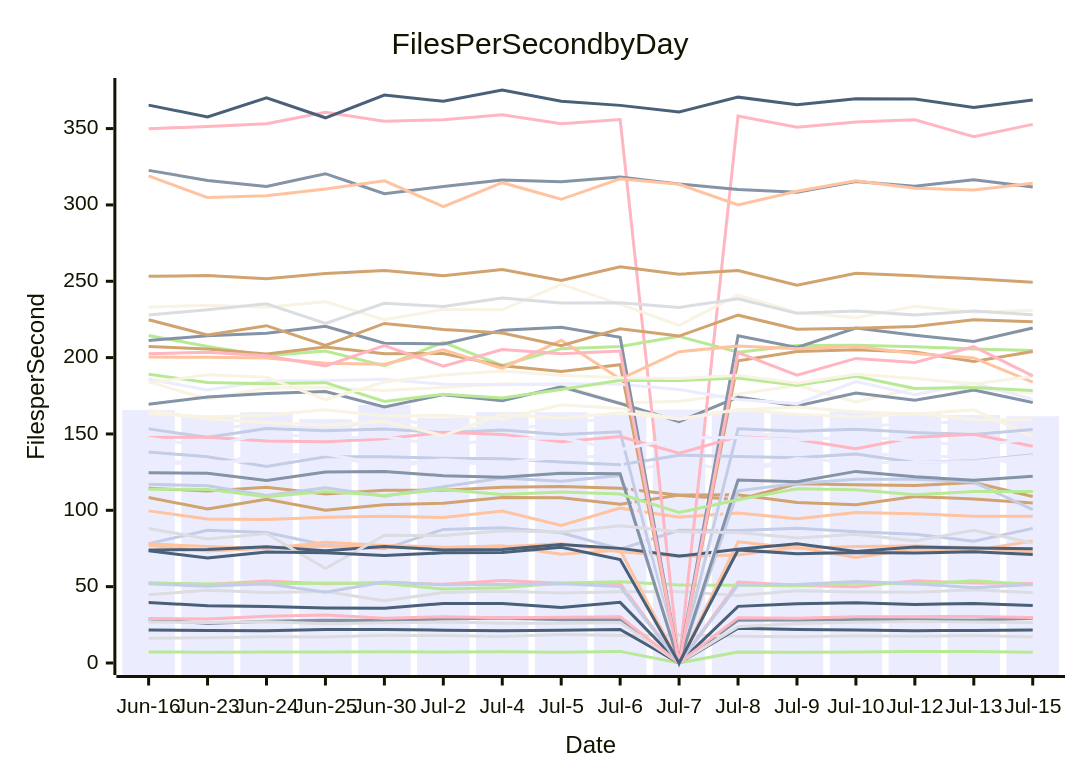
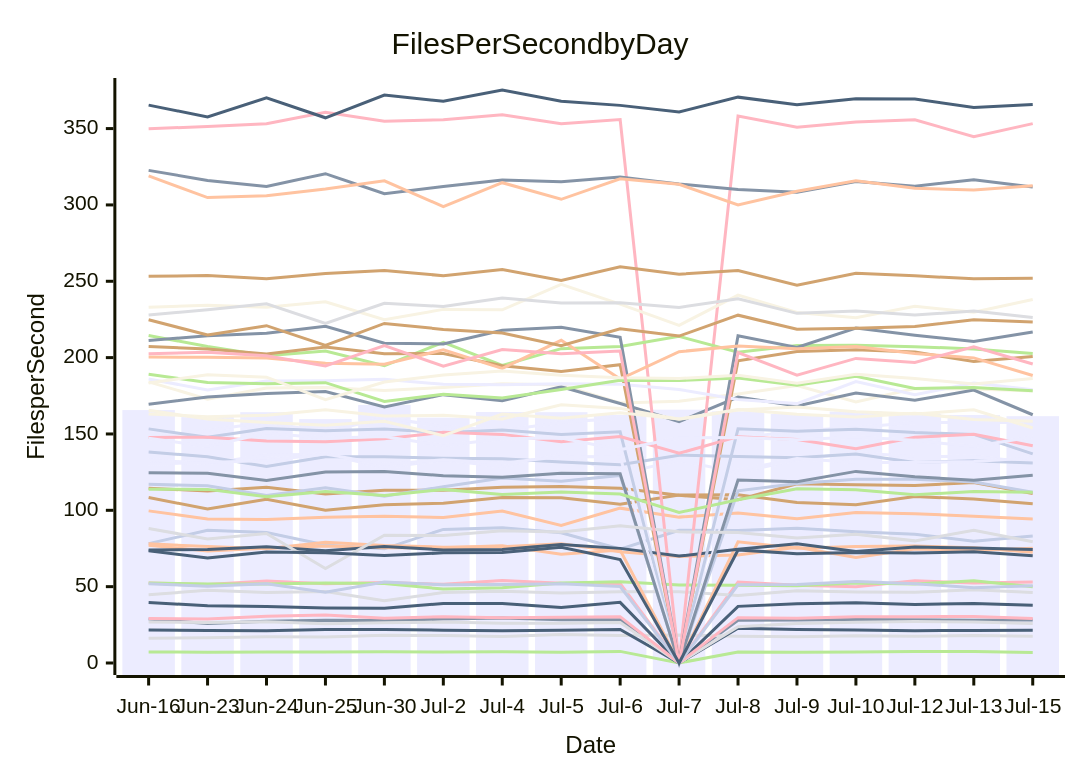
One commit to streetsidesoftware/cspell changed the diagram in perf-report.md. Above: the diagram before and after it, drawn with Mermaid. The commit also changed other lines of this file and 1 other file, not shown here.

````diff
--- a/perf-report.md
+++ b/perf-report.md
@@ -10,57 +10,57 @@
 ```mermaid
 xychart-beta
     title Files Per Second by Day
     y-axis Files per Second
     x-axis Date [Jun-16, Jun-23, Jun-24, Jun-25, Jun-30, Jul-2, Jul-4, Jul-5, Jul-6, Jul-7, Jul-8, Jul-9, Jul-10, Jul-12, Jul-13, Jul-15]
-    bar [165.65, 161.06, 164.28, 159.75, 168.95, 160.66, 164.38, 164.27, 162.48, 165.90, 164.83, 163.05, 164.68, 163.19, 162.43, 161.62]
-    line [28.76, 25.82, 27.29, 28.03, 27.82, 28.74, 29.48, 28.36, 28.34, 0.00, 27.98, 28.10, 28.43, 28.38, 28.02, 29.31]
-    line [99.63, 94.35, 94.02, 95.44, 96.15, 95.34, 99.55, 90.07, 101.41, 95.54, 98.21, 94.52, 98.50, 97.78, 96.17, 96.08]
-    line [16.25, 16.59, 17.11, 17.00, 18.16, 17.94, 17.30, 18.64, 18.07, 18.36, 17.45, 17.16, 17.77, 17.48, 17.96, 17.01]
-    line [7.28, 7.12, 7.22, 7.17, 7.37, 7.23, 7.36, 6.99, 7.61, 0.00, 7.24, 7.01, 7.27, 7.49, 7.49, 7.10]
-    line [114.38, 112.71, 115.12, 110.67, 113.20, 113.18, 115.07, 115.63, 114.45, 109.79, 106.87, 117.37, 116.66, 116.21, 118.14, 109.01]
-    line [78.16, 86.88, 85.49, 77.34, 74.76, 87.51, 88.59, 85.26, 74.62, 86.95, 86.80, 88.24, 86.00, 84.39, 79.74, 88.17]
-    line [52.41, 51.44, 53.68, 51.84, 52.69, 51.50, 53.98, 52.25, 52.09, 0.00, 53.03, 50.88, 50.01, 53.83, 52.41, 52.09]
-    line [21.66, 21.30, 21.15, 22.00, 21.90, 21.51, 21.13, 21.43, 22.00, 0.00, 22.72, 21.87, 21.57, 21.20, 21.36, 21.59]
-    line [184.11, 172.84, 180.05, 180.38, 178.52, 180.47, 182.90, 182.10, 170.31, 171.39, 176.15, 181.65, 170.98, 179.72, 179.37, 177.07]
-    line [133.18, 130.59, 136.24, 136.67, 127.99, 132.91, 128.52, 136.97, 123.97, 132.77, 124.67, 133.15, 137.66, 135.26, 135.39, 128.68]
-    line [169.42, 174.24, 176.57, 177.80, 167.68, 175.75, 171.75, 180.95, 169.97, 158.13, 174.21, 168.28, 176.77, 172.02, 178.72, 170.59]
-    line [78.06, 76.22, 74.88, 79.14, 76.99, 75.88, 76.09, 78.08, 72.78, 69.82, 70.79, 75.77, 69.10, 74.66, 73.66, 79.87]
-    line [44.72, 47.61, 46.18, 46.86, 40.79, 46.17, 47.03, 45.86, 46.70, 46.74, 44.23, 47.36, 46.58, 46.27, 47.99, 46.02]
-    line [52.39, 51.73, 51.82, 52.39, 52.00, 48.43, 49.22, 52.34, 53.26, 51.10, 50.86, 50.66, 52.36, 51.79, 53.82, 51.29]
-    line [108.33, 100.84, 107.27, 100.09, 103.62, 104.63, 108.43, 108.27, 103.96, 110.08, 110.20, 105.06, 103.60, 109.02, 107.38, 104.79]
-    line [117.01, 116.01, 109.65, 114.81, 109.29, 115.47, 121.09, 119.06, 122.86, 0.00, 112.77, 117.49, 120.30, 120.41, 118.48, 100.45]
-    line [349.94, 351.35, 353.13, 360.69, 354.83, 355.80, 359.03, 353.22, 355.88, 0.00, 358.26, 350.93, 354.34, 355.82, 344.62, 352.75]
-    line [39.70, 37.48, 36.99, 36.10, 35.86, 38.94, 38.99, 36.38, 39.71, 0.00, 37.09, 38.73, 39.43, 38.35, 38.90, 37.60]
-    line [232.93, 234.34, 233.01, 236.58, 224.78, 231.59, 231.28, 247.94, 235.03, 221.17, 240.95, 229.51, 226.18, 233.66, 229.73, 230.96]
-    line [147.63, 152.29, 157.67, 151.07, 160.69, 154.94, 152.23, 157.47, 160.32, 0.00, 147.14, 152.12, 154.25, 157.55, 157.57, 158.46]
-    line [322.64, 316.02, 312.10, 320.45, 307.34, 312.08, 316.35, 315.20, 318.22, 313.66, 310.11, 308.24, 315.35, 312.26, 316.54, 311.76]
-    line [77.16, 73.34, 75.14, 76.59, 75.51, 75.45, 76.79, 71.21, 73.99, 0.00, 79.33, 75.23, 76.27, 76.63, 75.41, 72.92]
-    line [26.84, 26.60, 26.95, 25.71, 26.35, 26.84, 26.11, 26.06, 26.52, 0.00, 23.76, 25.86, 26.61, 27.13, 26.83, 26.46]
-    line [214.45, 207.28, 201.26, 204.34, 194.65, 210.00, 194.85, 205.89, 207.36, 213.92, 203.52, 207.94, 208.03, 207.20, 205.62, 204.63]
-    line [207.22, 205.60, 202.43, 207.02, 202.54, 202.72, 194.67, 190.86, 195.33, 0.00, 197.97, 203.94, 205.22, 203.61, 197.40, 204.04]
-    line [138.18, 135.01, 128.78, 135.00, 135.05, 134.05, 133.73, 131.56, 129.78, 136.12, 135.18, 134.44, 136.88, 131.27, 132.43, 136.35]
-    line [29.07, 28.80, 30.64, 31.41, 29.25, 30.37, 29.62, 29.89, 30.35, 0.00, 29.68, 29.34, 30.24, 30.35, 30.53, 29.80]
-    line [74.00, 74.26, 76.13, 73.45, 76.23, 74.07, 74.35, 77.62, 75.07, 70.03, 74.46, 78.13, 73.01, 75.98, 75.26, 74.90]
-    line [163.15, 161.29, 162.24, 165.87, 161.72, 162.26, 159.82, 169.05, 166.75, 159.60, 165.64, 167.61, 164.48, 163.07, 165.84, 148.26]
-    line [186.02, 178.80, 184.67, 184.84, 185.79, 182.56, 182.17, 182.82, 182.50, 179.12, 172.62, 169.88, 184.28, 175.71, 183.39, 172.77]
-    line [211.27, 214.37, 216.02, 220.47, 209.37, 208.94, 217.94, 219.88, 213.33, 0.00, 214.36, 206.61, 219.33, 214.62, 210.58, 219.39]
-    line [200.33, 200.19, 199.73, 196.39, 195.67, 205.11, 192.90, 211.35, 185.93, 203.88, 207.58, 205.87, 207.35, 202.66, 199.84, 184.00]
-    line [227.87, 231.36, 235.26, 222.40, 235.59, 233.45, 238.97, 235.75, 235.89, 232.86, 238.48, 229.00, 230.57, 227.85, 230.59, 228.02]
-    line [189.10, 183.71, 182.95, 183.62, 171.28, 176.05, 173.54, 179.14, 185.15, 184.99, 186.71, 181.92, 187.82, 179.82, 180.43, 178.45]
-    line [224.77, 214.79, 220.92, 207.92, 222.39, 218.49, 216.06, 207.77, 218.95, 214.11, 227.80, 218.56, 219.23, 220.42, 224.78, 223.55]
-    line [153.33, 147.83, 153.51, 152.15, 153.26, 150.82, 152.56, 149.61, 151.37, 0.00, 153.34, 151.79, 153.10, 150.91, 149.71, 152.88]
-    line [147.76, 147.78, 145.47, 144.87, 146.87, 151.06, 149.73, 144.88, 148.36, 137.35, 148.23, 146.43, 140.41, 147.84, 149.86, 141.99]
-    line [365.35, 357.60, 370.08, 357.07, 371.96, 367.90, 375.27, 367.85, 365.20, 360.83, 370.59, 365.59, 369.56, 369.35, 363.79, 368.70]
-    line [183.39, 188.80, 187.17, 172.53, 184.06, 188.67, 191.18, 188.53, 186.82, 186.30, 188.38, 183.25, 189.14, 186.31, 182.67, 187.77]
-    line [130.35, 131.39, 132.60, 136.92, 129.95, 133.16, 130.87, 135.23, 135.13, 0.00, 126.22, 133.87, 131.35, 131.34, 131.95, 135.79]
-    line [124.68, 124.29, 119.55, 125.16, 125.39, 122.70, 121.73, 124.30, 123.97, 0.00, 119.80, 118.70, 125.49, 121.97, 119.76, 122.36]
-    line [318.97, 304.83, 306.07, 310.41, 315.81, 298.93, 314.56, 303.69, 317.11, 313.48, 300.01, 308.91, 315.76, 310.85, 309.84, 314.25]
-    line [88.08, 81.29, 84.76, 61.88, 83.73, 83.48, 86.69, 85.83, 89.91, 85.92, 85.41, 81.93, 84.31, 79.99, 86.85, 78.60]
-    line [113.74, 113.71, 108.86, 112.34, 109.73, 113.68, 110.37, 111.97, 110.64, 98.54, 106.95, 114.12, 113.53, 110.15, 112.38, 112.37]
-    line [253.26, 253.77, 251.67, 255.05, 257.07, 253.64, 257.67, 250.47, 259.54, 254.67, 257.07, 247.35, 255.25, 253.55, 251.59, 249.38]
-    line [51.85, 50.23, 51.87, 46.40, 53.06, 51.19, 51.40, 51.86, 50.10, 0.00, 51.21, 51.39, 53.37, 51.98, 49.24, 51.43]
-    line [202.60, 203.46, 201.26, 194.60, 207.89, 194.40, 205.29, 202.49, 204.26, 0.00, 203.31, 188.55, 199.47, 196.87, 207.15, 188.10]
-    line [73.58, 68.82, 72.77, 72.13, 70.38, 72.17, 72.40, 75.76, 67.72, 0.00, 74.05, 71.58, 72.37, 72.08, 72.80, 71.00]
-    line [165.48, 159.81, 157.56, 155.70, 158.25, 148.90, 163.02, 160.27, 163.84, 159.78, 166.09, 162.99, 161.12, 163.50, 159.47, 159.32]
-    line [147.23, 141.81, 150.65, 147.20, 148.34, 142.33, 146.88, 147.38, 139.67, 147.57, 147.61, 146.15, 148.02, 145.81, 141.78, 147.19]
+    bar [165.65, 161.06, 164.28, 159.75, 168.95, 160.66, 164.38, 164.27, 162.48, 165.90, 164.83, 163.05, 164.68, 163.19, 162.43, 161.66]
+    line [28.76, 25.82, 27.29, 28.03, 27.82, 28.74, 29.48, 28.36, 28.34, 0.00, 27.98, 28.10, 28.43, 28.38, 28.02, 28.20]
+    line [99.63, 94.35, 94.02, 95.44, 96.15, 95.34, 99.55, 90.07, 101.41, 95.54, 98.21, 94.52, 98.50, 97.78, 96.17, 94.33]
+    line [16.25, 16.59, 17.11, 17.00, 18.16, 17.94, 17.30, 18.64, 18.07, 18.36, 17.45, 17.16, 17.77, 17.48, 17.96, 17.52]
+    line [7.28, 7.12, 7.22, 7.17, 7.37, 7.23, 7.36, 6.99, 7.61, 0.00, 7.24, 7.01, 7.27, 7.49, 7.49, 6.93]
+    line [114.38, 112.71, 115.12, 110.67, 113.20, 113.18, 115.07, 115.63, 114.45, 109.79, 106.87, 117.37, 116.66, 116.21, 118.14, 111.02]
+    line [78.16, 86.88, 85.49, 77.34, 74.76, 87.51, 88.59, 85.26, 74.62, 86.95, 86.80, 88.24, 86.00, 84.39, 79.74, 83.17]
+    line [52.41, 51.44, 53.68, 51.84, 52.69, 51.50, 53.98, 52.25, 52.09, 0.00, 53.03, 50.88, 50.01, 53.83, 52.41, 53.08]
+    line [21.66, 21.30, 21.15, 22.00, 21.90, 21.51, 21.13, 21.43, 22.00, 0.00, 22.72, 21.87, 21.57, 21.20, 21.36, 21.51]
+    line [184.11, 172.84, 180.05, 180.38, 178.52, 180.47, 182.90, 182.10, 170.31, 171.39, 176.15, 181.65, 170.98, 179.72, 179.37, 178.07]
+    line [133.18, 130.59, 136.24, 136.67, 127.99, 132.91, 128.52, 136.97, 123.97, 132.77, 124.67, 133.15, 137.66, 135.26, 135.39, 131.25]
+    line [169.42, 174.24, 176.57, 177.80, 167.68, 175.75, 171.75, 180.95, 169.97, 158.13, 174.21, 168.28, 176.77, 172.02, 178.72, 162.59]
+    line [78.06, 76.22, 74.88, 79.14, 76.99, 75.88, 76.09, 78.08, 72.78, 69.82, 70.79, 75.77, 69.10, 74.66, 73.66, 75.08]
+    line [44.72, 47.61, 46.18, 46.86, 40.79, 46.17, 47.03, 45.86, 46.70, 46.74, 44.23, 47.36, 46.58, 46.27, 47.99, 46.18]
+    line [52.39, 51.73, 51.82, 52.39, 52.00, 48.43, 49.22, 52.34, 53.26, 51.10, 50.86, 50.66, 52.36, 51.79, 53.82, 50.00]
+    line [108.33, 100.84, 107.27, 100.09, 103.62, 104.63, 108.43, 108.27, 103.96, 110.08, 110.20, 105.06, 103.60, 109.02, 107.38, 104.33]
+    line [117.01, 116.01, 109.65, 114.81, 109.29, 115.47, 121.09, 119.06, 122.86, 0.00, 112.77, 117.49, 120.30, 120.41, 118.48, 111.84]
+    line [349.94, 351.35, 353.13, 360.69, 354.83, 355.80, 359.03, 353.22, 355.88, 0.00, 358.26, 350.93, 354.34, 355.82, 344.62, 353.27]
+    line [39.70, 37.48, 36.99, 36.10, 35.86, 38.94, 38.99, 36.38, 39.71, 0.00, 37.09, 38.73, 39.43, 38.35, 38.90, 37.77]
+    line [232.93, 234.34, 233.01, 236.58, 224.78, 231.59, 231.28, 247.94, 235.03, 221.17, 240.95, 229.51, 226.18, 233.66, 229.73, 238.10]
+    line [147.63, 152.29, 157.67, 151.07, 160.69, 154.94, 152.23, 157.47, 160.32, 0.00, 147.14, 152.12, 154.25, 157.55, 157.57, 157.54]
+    line [322.64, 316.02, 312.10, 320.45, 307.34, 312.08, 316.35, 315.20, 318.22, 313.66, 310.11, 308.24, 315.35, 312.26, 316.54, 311.74]
+    line [77.16, 73.34, 75.14, 76.59, 75.51, 75.45, 76.79, 71.21, 73.99, 0.00, 79.33, 75.23, 76.27, 76.63, 75.41, 72.48]
+    line [26.84, 26.60, 26.95, 25.71, 26.35, 26.84, 26.11, 26.06, 26.52, 0.00, 23.76, 25.86, 26.61, 27.13, 26.83, 25.90]
+    line [214.45, 207.28, 201.26, 204.34, 194.65, 210.00, 194.85, 205.89, 207.36, 213.92, 203.52, 207.94, 208.03, 207.20, 205.62, 202.63]
+    line [207.22, 205.60, 202.43, 207.02, 202.54, 202.72, 194.67, 190.86, 195.33, 0.00, 197.97, 203.94, 205.22, 203.61, 197.40, 200.74]
+    line [138.18, 135.01, 128.78, 135.00, 135.05, 134.05, 133.73, 131.56, 129.78, 136.12, 135.18, 134.44, 136.88, 131.27, 132.43, 131.04]
+    line [29.07, 28.80, 30.64, 31.41, 29.25, 30.37, 29.62, 29.89, 30.35, 0.00, 29.68, 29.34, 30.24, 30.35, 30.53, 29.15]
+    line [74.00, 74.26, 76.13, 73.45, 76.23, 74.07, 74.35, 77.62, 75.07, 70.03, 74.46, 78.13, 73.01, 75.98, 75.26, 74.39]
+    line [163.15, 161.29, 162.24, 165.87, 161.72, 162.26, 159.82, 169.05, 166.75, 159.60, 165.64, 167.61, 164.48, 163.07, 165.84, 153.93]
+    line [186.02, 178.80, 184.67, 184.84, 185.79, 182.56, 182.17, 182.82, 182.50, 179.12, 172.62, 169.88, 184.28, 175.71, 183.39, 178.90]
+    line [211.27, 214.37, 216.02, 220.47, 209.37, 208.94, 217.94, 219.88, 213.33, 0.00, 214.36, 206.61, 219.33, 214.62, 210.58, 216.81]
+    line [200.33, 200.19, 199.73, 196.39, 195.67, 205.11, 192.90, 211.35, 185.93, 203.88, 207.58, 205.87, 207.35, 202.66, 199.84, 188.27]
+    line [227.87, 231.36, 235.26, 222.40, 235.59, 233.45, 238.97, 235.75, 235.89, 232.86, 238.48, 229.00, 230.57, 227.85, 230.59, 226.26]
+    line [189.10, 183.71, 182.95, 183.62, 171.28, 176.05, 173.54, 179.14, 185.15, 184.99, 186.71, 181.92, 187.82, 179.82, 180.43, 178.37]
+    line [224.77, 214.79, 220.92, 207.92, 222.39, 218.49, 216.06, 207.77, 218.95, 214.11, 227.80, 218.56, 219.23, 220.42, 224.78, 223.29]
+    line [153.33, 147.83, 153.51, 152.15, 153.26, 150.82, 152.56, 149.61, 151.37, 0.00, 153.34, 151.79, 153.10, 150.91, 149.71, 136.98]
+    line [147.76, 147.78, 145.47, 144.87, 146.87, 151.06, 149.73, 144.88, 148.36, 137.35, 148.23, 146.43, 140.41, 147.84, 149.86, 142.29]
+    line [365.35, 357.60, 370.08, 357.07, 371.96, 367.90, 375.27, 367.85, 365.20, 360.83, 370.59, 365.59, 369.56, 369.35, 363.79, 365.85]
+    line [183.39, 188.80, 187.17, 172.53, 184.06, 188.67, 191.18, 188.53, 186.82, 186.30, 188.38, 183.25, 189.14, 186.31, 182.67, 186.39]
+    line [130.35, 131.39, 132.60, 136.92, 129.95, 133.16, 130.87, 135.23, 135.13, 0.00, 126.22, 133.87, 131.35, 131.34, 131.95, 134.40]
+    line [124.68, 124.29, 119.55, 125.16, 125.39, 122.70, 121.73, 124.30, 123.97, 0.00, 119.80, 118.70, 125.49, 121.97, 119.76, 122.93]
+    line [318.97, 304.83, 306.07, 310.41, 315.81, 298.93, 314.56, 303.69, 317.11, 313.48, 300.01, 308.91, 315.76, 310.85, 309.84, 312.53]
+    line [88.08, 81.29, 84.76, 61.88, 83.73, 83.48, 86.69, 85.83, 89.91, 85.92, 85.41, 81.93, 84.31, 79.99, 86.85, 79.35]
+    line [113.74, 113.71, 108.86, 112.34, 109.73, 113.68, 110.37, 111.97, 110.64, 98.54, 106.95, 114.12, 113.53, 110.15, 112.38, 111.90]
+    line [253.26, 253.77, 251.67, 255.05, 257.07, 253.64, 257.67, 250.47, 259.54, 254.67, 257.07, 247.35, 255.25, 253.55, 251.59, 252.00]
+    line [51.85, 50.23, 51.87, 46.40, 53.06, 51.19, 51.40, 51.86, 50.10, 0.00, 51.21, 51.39, 53.37, 51.98, 49.24, 50.53]
+    line [202.60, 203.46, 201.26, 194.60, 207.89, 194.40, 205.29, 202.49, 204.26, 0.00, 203.31, 188.55, 199.47, 196.87, 207.15, 195.83]
+    line [73.58, 68.82, 72.77, 72.13, 70.38, 72.17, 72.40, 75.76, 67.72, 0.00, 74.05, 71.58, 72.37, 72.08, 72.80, 70.30]
+    line [165.48, 159.81, 157.56, 155.70, 158.25, 148.90, 163.02, 160.27, 163.84, 159.78, 166.09, 162.99, 161.12, 163.50, 159.47, 158.31]
+    line [147.23, 141.81, 150.65, 147.20, 148.34, 142.33, 146.88, 147.38, 139.67, 147.57, 147.61, 146.15, 148.02, 145.81, 141.78, 148.18]
 ```
````
